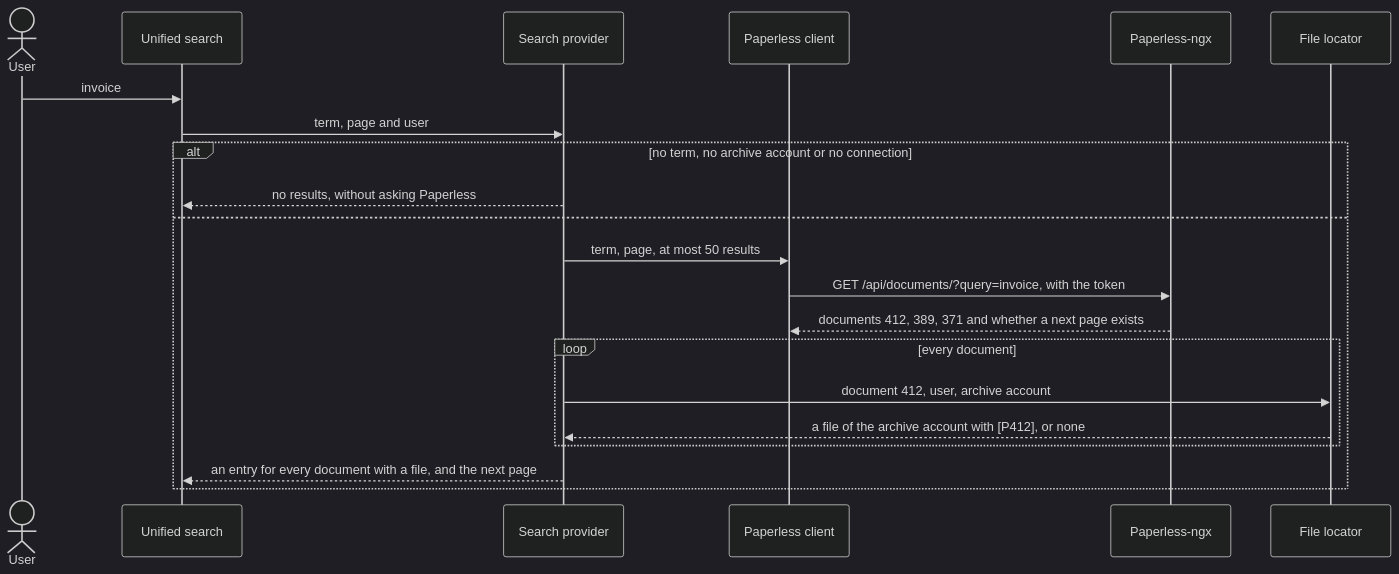
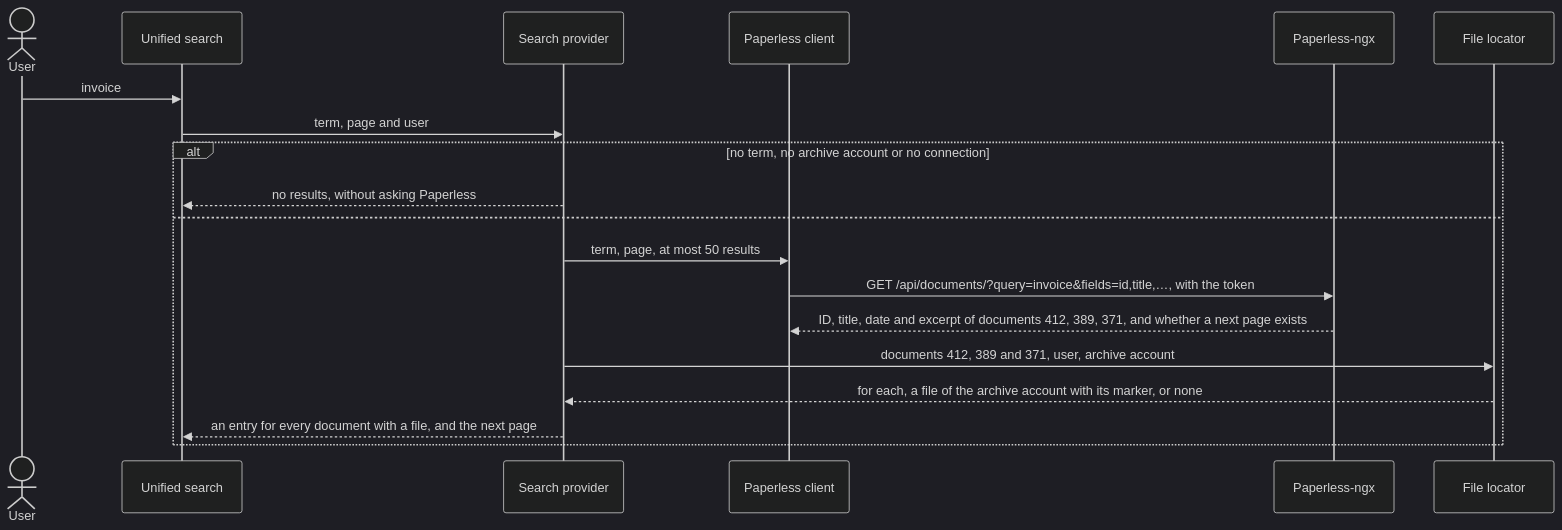
The second of 6 diagrams in docs/architecture.md (Dennis-Otto/paperless-unified-search), drawn with Mermaid (dark theme) before and after one commit. The commit also changed other lines of this file and 18 other files, not shown here.

First line of the commit message:
perf(search): fetch only the fields the results show and look up all files of a page in one query

````diff
--- a/docs/architecture.md
+++ b/docs/architecture.md
@@ -55,23 +55,21 @@
 ```mermaid
 sequenceDiagram
     actor User
     participant Search as Unified search
     participant Provider as Search provider
     participant Client as Paperless client
     participant Paperless as Paperless-ngx
     participant Locator as File locator
     User->>Search: invoice
     Search->>Provider: term, page and user
     alt no term, no archive account or no connection
         Provider-->>Search: no results, without asking Paperless
     else
         Provider->>Client: term, page, at most 50 results
-        Client->>Paperless: GET /api/documents/?query=invoice, with the token
-        Paperless-->>Client: documents 412, 389, 371 and whether a next page exists
-        loop every document
-            Provider->>Locator: document 412, user, archive account
-            Locator-->>Provider: a file of the archive account with [P412], or none
-        end
+        Client->>Paperless: GET /api/documents/?query=invoice&fields=id,title,…, with the token
+        Paperless-->>Client: ID, title, date and excerpt of documents 412, 389, 371, and whether a next page exists
+        Provider->>Locator: documents 412, 389 and 371, user, archive account
+        Locator-->>Provider: for each, a file of the archive account with its marker, or none
         Provider-->>Search: an entry for every document with a file, and the next page
     end
 ```
````
